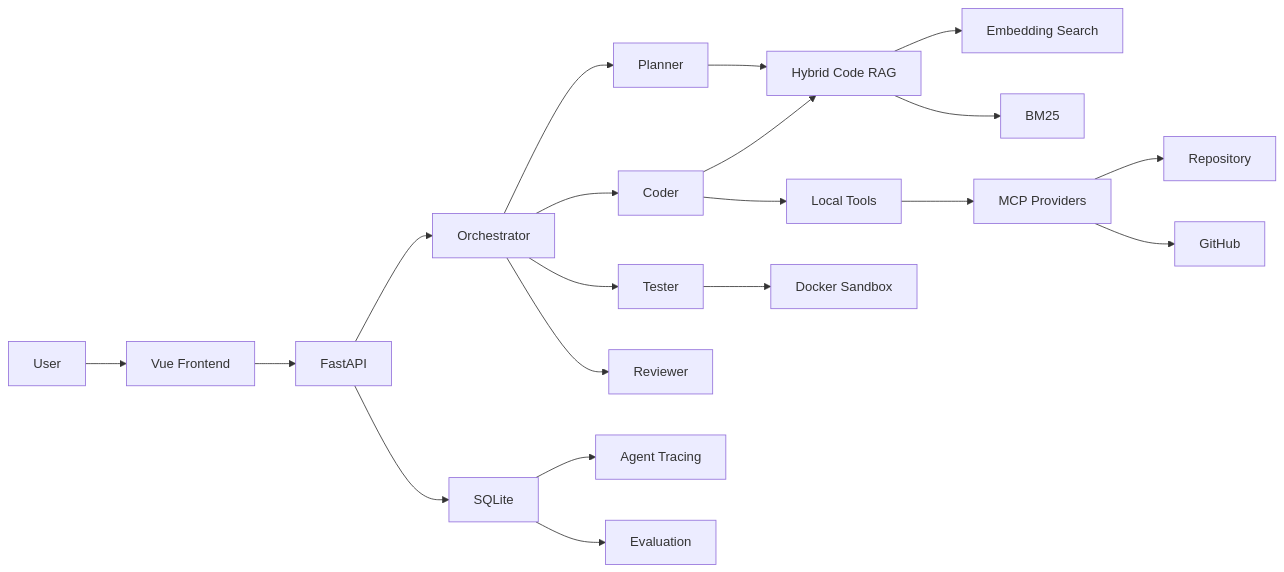
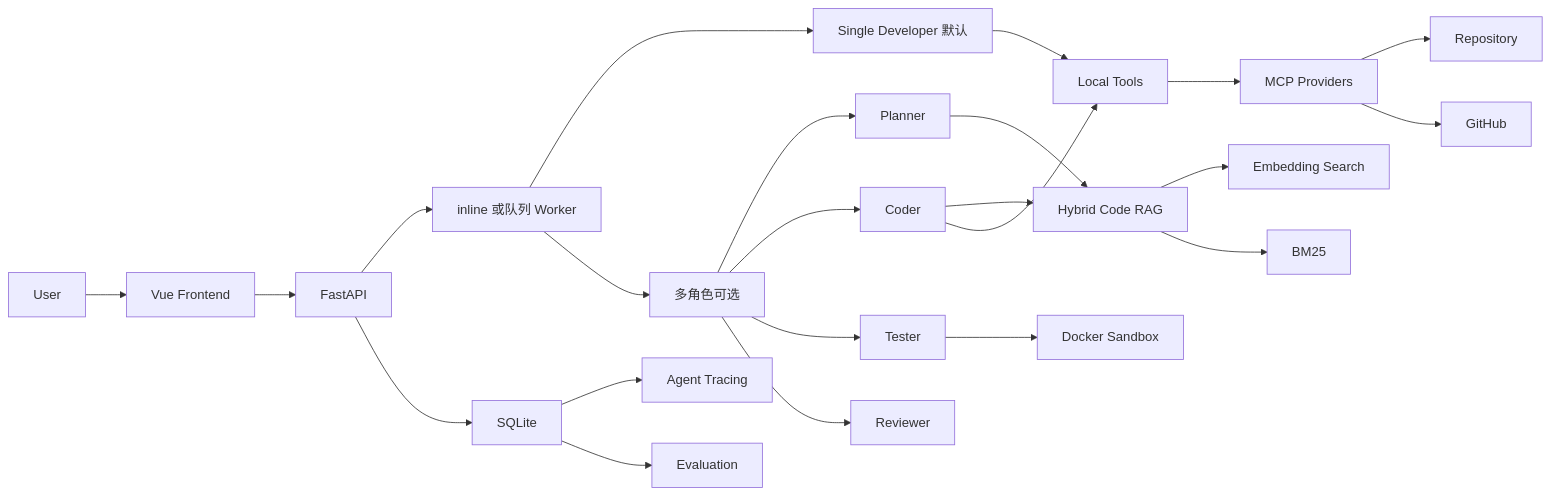
The first of 2 diagrams in README.md (wzyn20051216/DevPilot), drawn with Mermaid before and after one commit. The commit also changed other lines of this file and 7 other files, not shown here.

````diff
--- a/README.md
+++ b/README.md
@@ -27,22 +27,25 @@
 ```mermaid
 flowchart LR
     User --> UI[Vue Frontend]
     UI --> API[FastAPI]
-    API --> Orchestrator
+    API --> Dispatch[inline 或队列 Worker]
+    Dispatch --> Single[Single Developer 默认]
+    Dispatch --> Orchestrator[多角色可选]
+    Single --> Tools
     Orchestrator --> Planner
     Orchestrator --> Coder
     Orchestrator --> Tester
     Orchestrator --> Reviewer
     Planner --> RAG[Hybrid Code RAG]
     Coder --> RAG
     RAG --> Vector[Embedding Search]
     RAG --> BM25
     Coder --> Tools[Local Tools]
     Tester --> Sandbox[Docker Sandbox]
     Tools --> MCP[MCP Providers]
     MCP --> Repository
     MCP --> GitHub
     API --> SQLite
     SQLite --> Trace[Agent Tracing]
     SQLite --> Eval[Evaluation]
 ```
````
